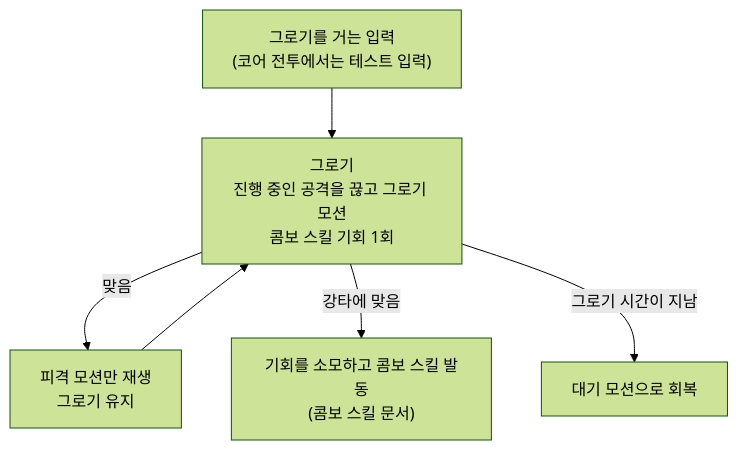
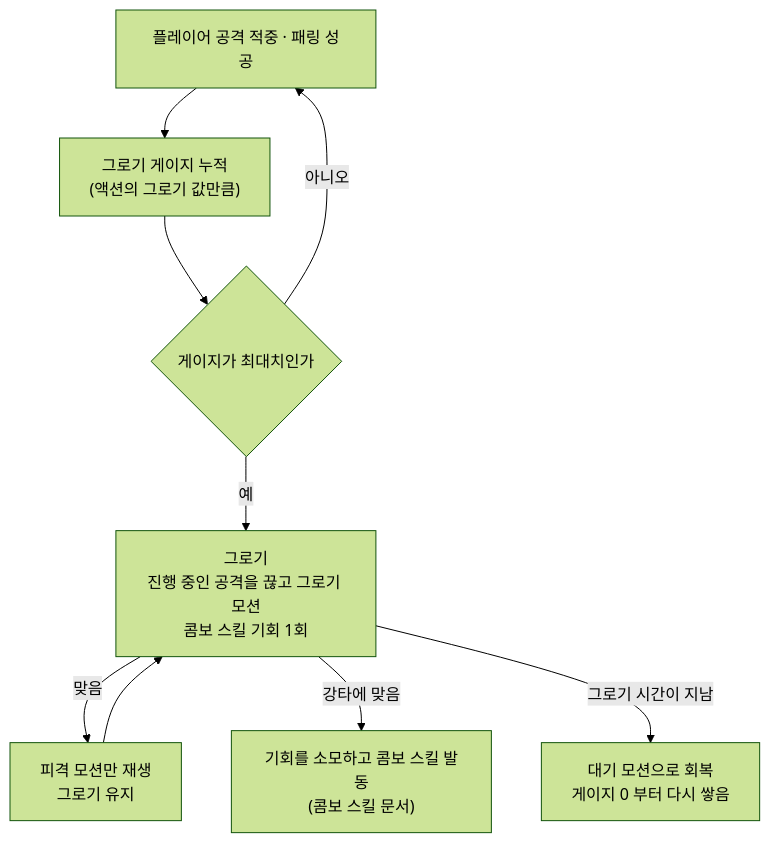
Before and after one commit to SquashPrince/Develrocket_mp15_HHH: the second of 2 diagrams in Docs/Technical/Enemy/EnemyCommon.md, drawn with Mermaid (forest theme). The commit also changed other lines of this file and 28 other files, not shown here.

First line of the commit message:
[Feat] 적 그로기 게이지 및 적 공통 규칙 정리

````diff
--- a/Docs/Technical/Enemy/EnemyCommon.md
+++ b/Docs/Technical/Enemy/EnemyCommon.md
@@ -48,8 +48,11 @@
 ```mermaid
 flowchart TD
-    T["그로기를 거는 입력<br>(코어 전투에서는 테스트 입력)"] --> G["그로기<br>진행 중인 공격을 끊고 그로기 모션<br>콤보 스킬 기회 1회"]
+    A["플레이어 공격 적중 · 패링 성공"] --> P["그로기 게이지 누적<br>(액션의 그로기 값만큼)"]
+    P --> F{"게이지가 최대치인가"}
+    F -->|"아니오"| A
+    F -->|"예"| G["그로기<br>진행 중인 공격을 끊고 그로기 모션<br>콤보 스킬 기회 1회"]
     G -->|"맞음"| GH["피격 모션만 재생<br>그로기 유지"]
     GH --> G
     G -->|"강타에 맞음"| C["기회를 소모하고 콤보 스킬 발동<br>(콤보 스킬 문서)"]
-    G -->|"그로기 시간이 지남"| R["대기 모션으로 회복"]
+    G -->|"그로기 시간이 지남"| R["대기 모션으로 회복<br>게이지 0 부터 다시 쌓음"]
 ```
````
